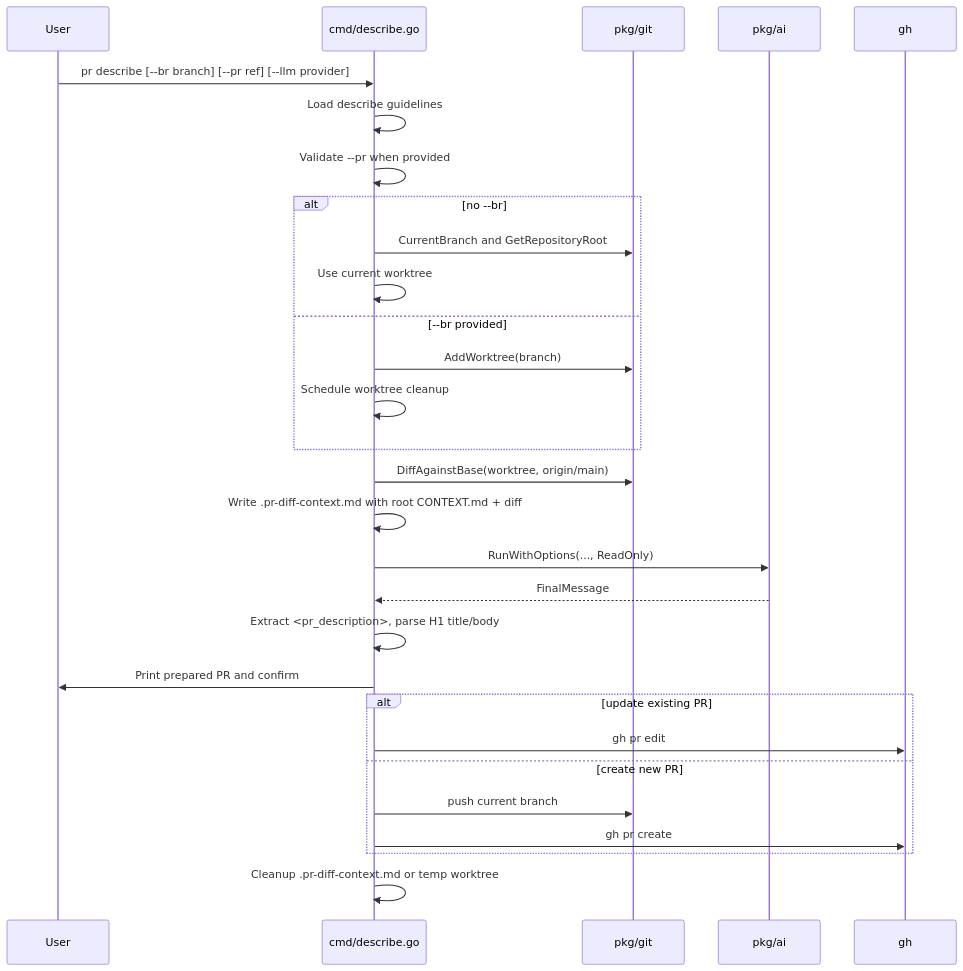
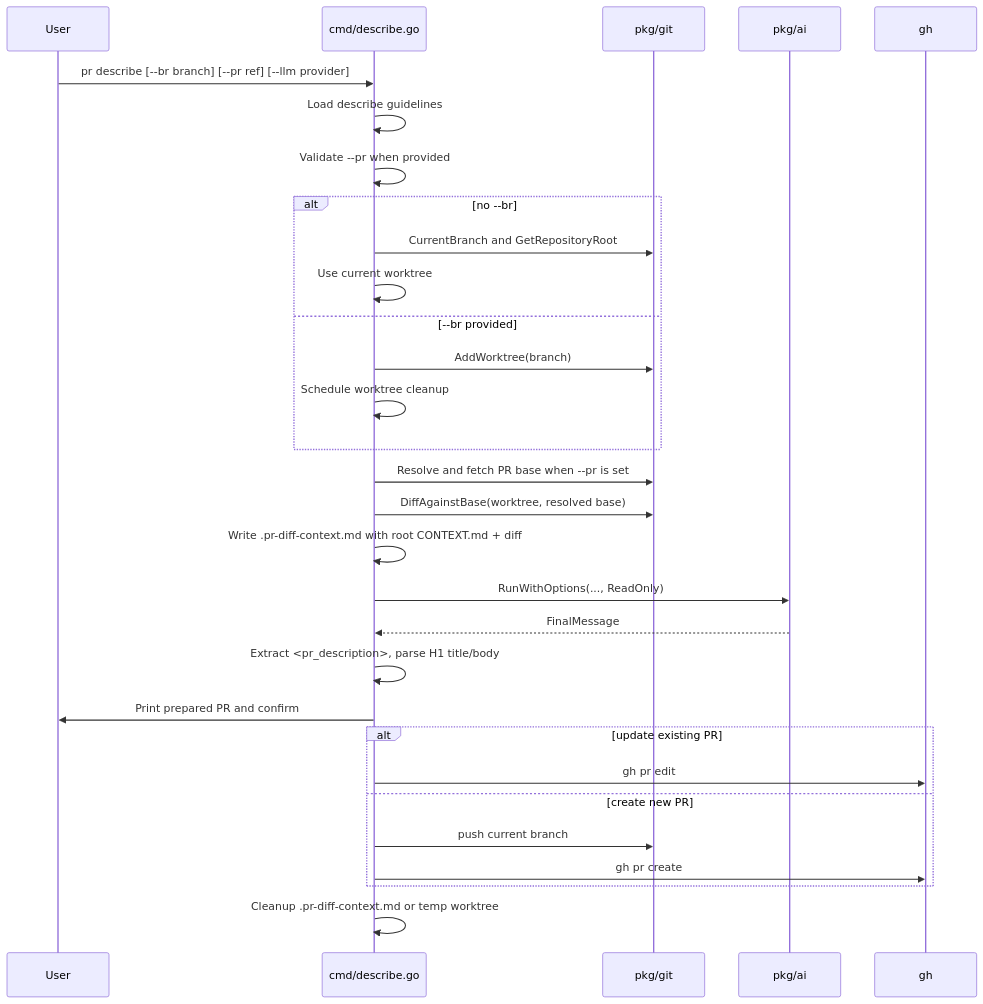
One commit to mpiorowski/prmate changed the third of 4 diagrams in CONTEXT.md. Above: the diagram before and after it, drawn with Mermaid. The commit also changed other lines of this file and 5 other files, not shown here.

````diff
--- a/CONTEXT.md
+++ b/CONTEXT.md
@@ -176,32 +176,33 @@
 ```mermaid
 sequenceDiagram
     participant U as User
     participant D as cmd/describe.go
     participant G as pkg/git
     participant A as pkg/ai
     participant GH as gh
 
     U->>D: pr describe [--br branch] [--pr ref] [--llm provider]
     D->>D: Load describe guidelines
     D->>D: Validate --pr when provided
     alt no --br
         D->>G: CurrentBranch and GetRepositoryRoot
         D->>D: Use current worktree
     else --br provided
         D->>G: AddWorktree(branch)
         D->>D: Schedule worktree cleanup
     end
-    D->>G: DiffAgainstBase(worktree, origin/main)
+    D->>G: Resolve and fetch PR base when --pr is set
+    D->>G: DiffAgainstBase(worktree, resolved base)
     D->>D: Write .pr-diff-context.md with root CONTEXT.md + diff
     D->>A: RunWithOptions(..., ReadOnly)
     A-->>D: FinalMessage
     D->>D: Extract <pr_description>, parse H1 title/body
     D->>U: Print prepared PR and confirm
     alt update existing PR
         D->>GH: gh pr edit
     else create new PR
         D->>G: push current branch
         D->>GH: gh pr create
     end
     D->>D: Cleanup .pr-diff-context.md or temp worktree
 ```
````
